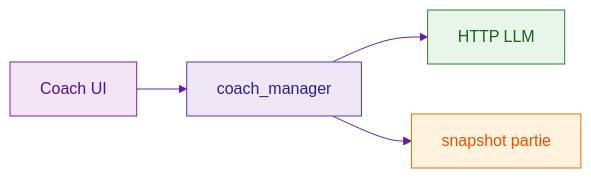
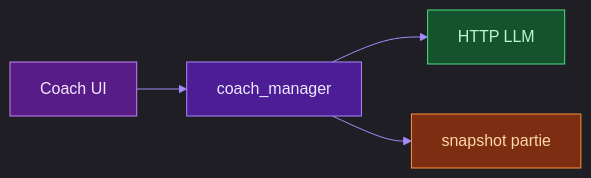
One commit to AlfredKrutina/chess_esp32_c6_devkit changed the fifth of 5 diagrams in docs/flutter/README.md. Above: the diagram before and after it, drawn with Mermaid. The commit also changed other lines of this file and 97 other files, not shown here.

Commit message:
more diagrams

````diff
--- a/docs/flutter/README.md
+++ b/docs/flutter/README.md
@@ -130,11 +134,11 @@
 ```mermaid
-%%{init: {'theme':'base', 'themeVariables': {'lineColor':'#6a1b9a'}}}%%
+%%{init: {'theme':'dark','themeVariables':{'lineColor':'#a78bfa','primaryTextColor':'#f1f5f9'}}}%%
 flowchart LR
   UI[Coach UI]:::u --> CM[coach_manager]:::r
   CM --> LLM[HTTP LLM]:::s
   CM --> SN[snapshot partie]:::x
-  classDef u fill:#f3e5f5,stroke:#7b1fa2,color:#4a148c
-  classDef r fill:#ede7f6,stroke:#5e35b1,color:#311b92
-  classDef s fill:#e8f5e9,stroke:#2e7d32,color:#1b5e20
-  classDef x fill:#fff3e0,stroke:#ef6c00,color:#e65100
+  classDef u fill:#581c87,stroke:#c084fc,color:#f3e8ff
+  classDef r fill:#4c1d95,stroke:#a78bfa,color:#ede9fe
+  classDef s fill:#14532d,stroke:#4ade80,color:#bbf7d0
+  classDef x fill:#7c2d12,stroke:#fb923c,color:#fed7aa
 ```
````
